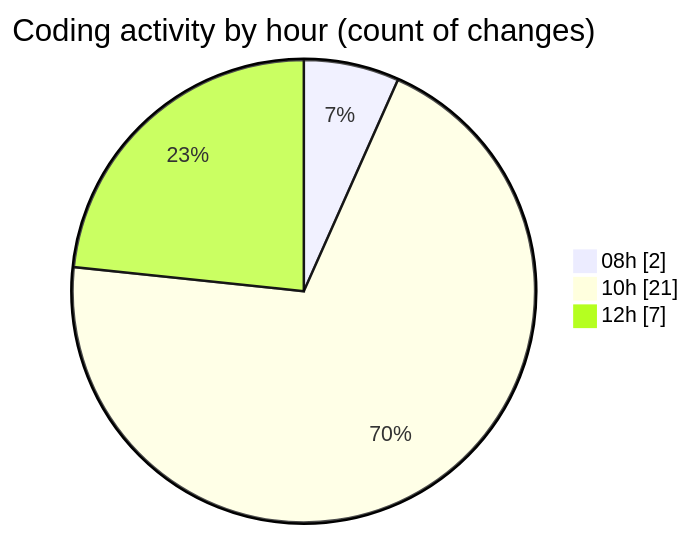
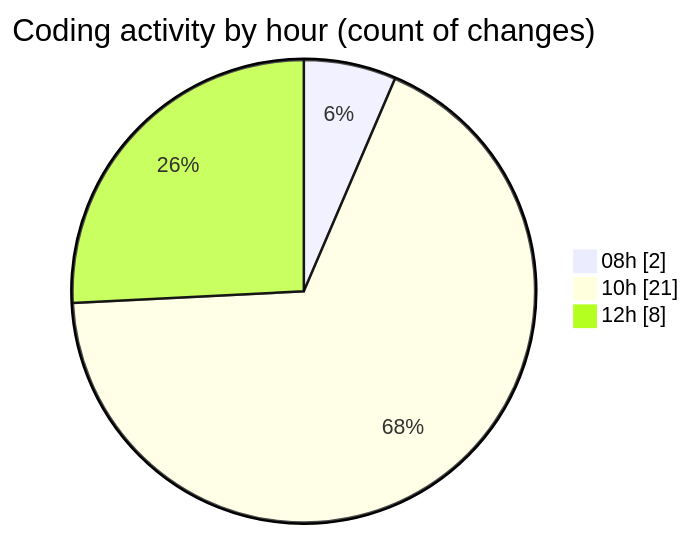
Before and after one commit to ricardozamudiocil/code-tracking: the second of 2 diagrams in 2026-04-13/cilapp/README.md, drawn with Mermaid. The commit also changed other lines of this file and 1 other file, not shown here.

````diff
--- a/2026-04-13/cilapp/README.md
+++ b/2026-04-13/cilapp/README.md
@@ -34,7 +36,7 @@
 ```mermaid
 pie showData
 title Coding activity by hour (count of changes)
 "08h" : 2
 "10h" : 21
-"12h" : 7
+"12h" : 8
 ```
````
